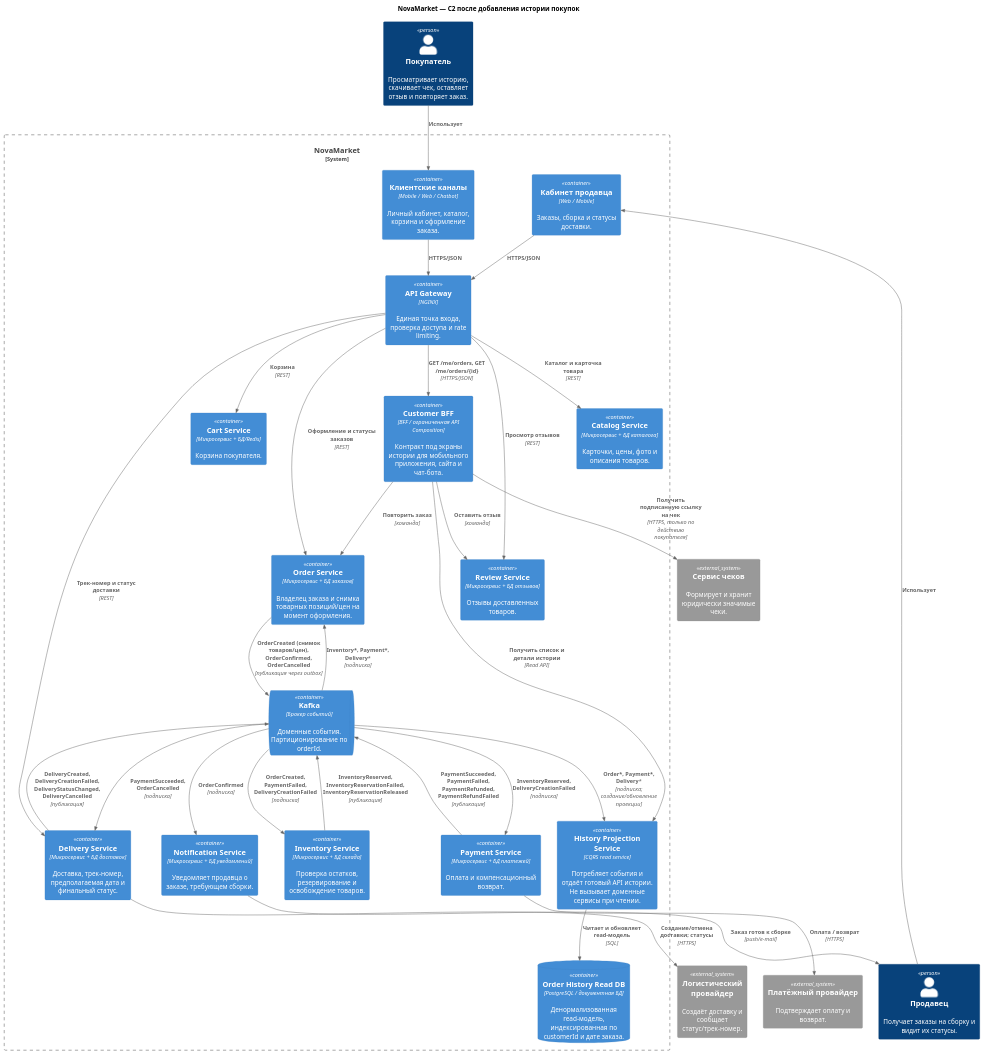
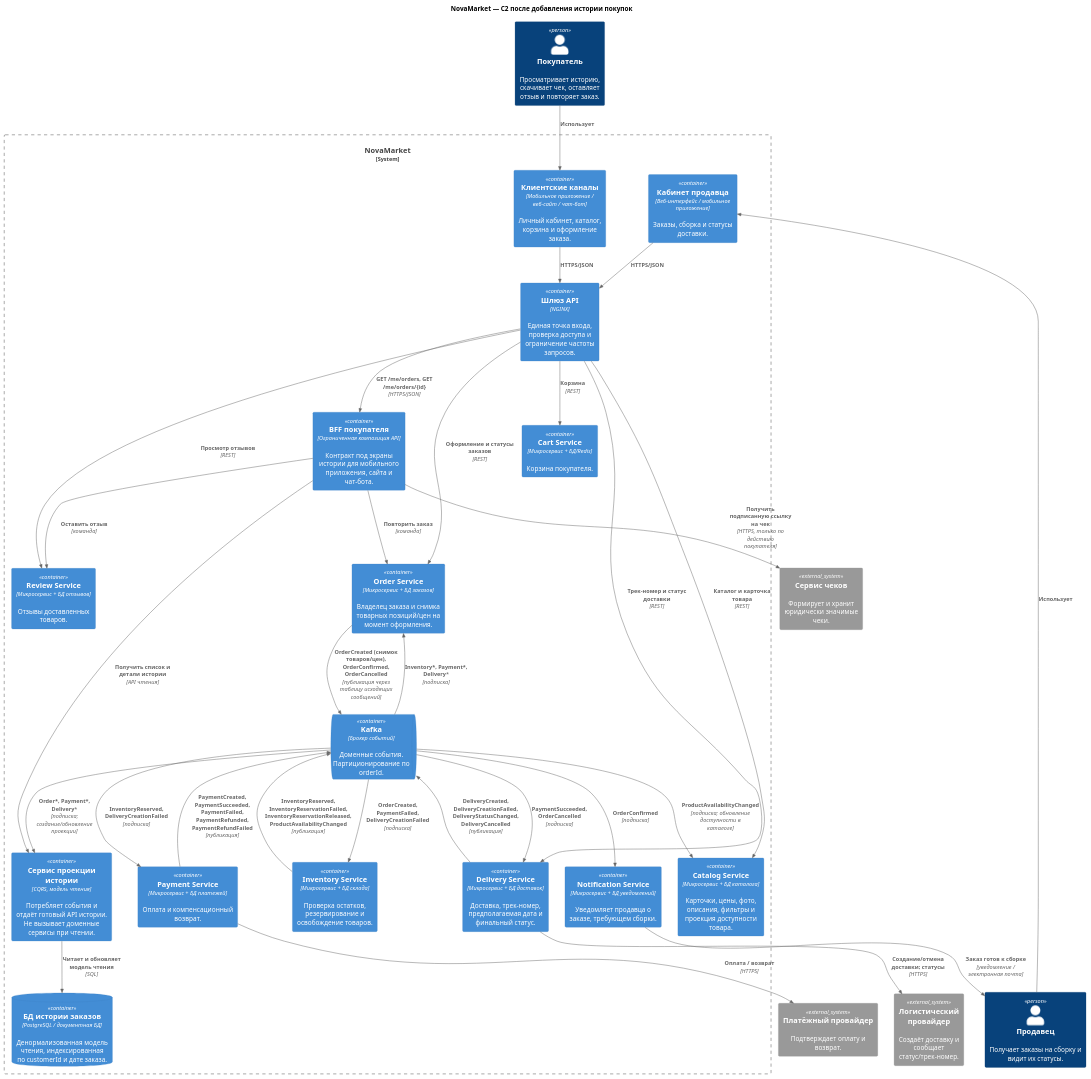
The diagram in Task2/c2-order-history-architecture.puml (FFinn/MSA-3-NovaMarket-v1), drawn with PlantUML before and after one commit.

Commit message:
Improve Task2/c2-order-history-architecture.puml: align artifacts with sprint requirements

```diff
--- a/Task2/c2-order-history-architecture.puml
+++ b/Task2/c2-order-history-architecture.puml
@@ -1,63 +1,64 @@
 @startuml
 !include <C4/C4_Container>
 LAYOUT_TOP_DOWN()
 title NovaMarket — C2 после добавления истории покупок
 
 Person(customer, "Покупатель", "Просматривает историю, скачивает чек, оставляет отзыв и повторяет заказ.")
 Person(seller, "Продавец", "Получает заказы на сборку и видит их статусы.")
 System_Ext(paymentProvider, "Платёжный провайдер", "Подтверждает оплату и возврат.")
 System_Ext(logisticsProvider, "Логистический провайдер", "Создаёт доставку и сообщает статус/трек-номер.")
 System_Ext(receipt, "Сервис чеков", "Формирует и хранит юридически значимые чеки.")
 
 System_Boundary(novamarket, "NovaMarket") {
-  Container(customerApp, "Клиентские каналы", "Mobile / Web / Chatbot", "Личный кабинет, каталог, корзина и оформление заказа.")
-  Container(sellerApp, "Кабинет продавца", "Web / Mobile", "Заказы, сборка и статусы доставки.")
-  Container(gateway, "API Gateway", "NGINX", "Единая точка входа, проверка доступа и rate limiting.")
-  Container(bff, "Customer BFF", "BFF / ограниченная API Composition", "Контракт под экраны истории для мобильного приложения, сайта и чат-бота.")
+  Container(customerApp, "Клиентские каналы", "Мобильное приложение / веб-сайт / чат-бот", "Личный кабинет, каталог, корзина и оформление заказа.")
+  Container(sellerApp, "Кабинет продавца", "Веб-интерфейс / мобильное приложение", "Заказы, сборка и статусы доставки.")
+  Container(gateway, "Шлюз API", "NGINX", "Единая точка входа, проверка доступа и ограничение частоты запросов.")
+  Container(bff, "BFF покупателя", "Ограниченная композиция API", "Контракт под экраны истории для мобильного приложения, сайта и чат-бота.")
 
-  Container(catalog, "Catalog Service", "Микросервис + БД каталога", "Карточки, цены, фото и описания товаров.")
+  Container(catalog, "Catalog Service", "Микросервис + БД каталога", "Карточки, цены, фото, описания, фильтры и проекция доступности товара.")
   Container(review, "Review Service", "Микросервис + БД отзывов", "Отзывы доставленных товаров.")
   Container(cart, "Cart Service", "Микросервис + БД/Redis", "Корзина покупателя.")
   Container(order, "Order Service", "Микросервис + БД заказов", "Владелец заказа и снимка товарных позиций/цен на момент оформления.")
   Container(inventory, "Inventory Service", "Микросервис + БД склада", "Проверка остатков, резервирование и освобождение товаров.")
   Container(payment, "Payment Service", "Микросервис + БД платежей", "Оплата и компенсационный возврат.")
   Container(delivery, "Delivery Service", "Микросервис + БД доставок", "Доставка, трек-номер, предполагаемая дата и финальный статус.")
   Container(notification, "Notification Service", "Микросервис + БД уведомлений", "Уведомляет продавца о заказе, требующем сборки.")
 
-  Container(history, "History Projection Service", "CQRS read service", "Потребляет события и отдаёт готовый API истории. Не вызывает доменные сервисы при чтении.")
-  ContainerDb(historyDb, "Order History Read DB", "PostgreSQL / документная БД", "Денормализованная read-модель, индексированная по customerId и дате заказа.")
+  Container(history, "Сервис проекции истории", "CQRS, модель чтения", "Потребляет события и отдаёт готовый API истории. Не вызывает доменные сервисы при чтении.")
+  ContainerDb(historyDb, "БД истории заказов", "PostgreSQL / документная БД", "Денормализованная модель чтения, индексированная по customerId и дате заказа.")
   ContainerQueue(kafka, "Kafka", "Брокер событий", "Доменные события. Партиционирование по orderId.")
 }
 
 Rel(customer, customerApp, "Использует")
 Rel(seller, sellerApp, "Использует")
 Rel(customerApp, gateway, "HTTPS/JSON")
 Rel(sellerApp, gateway, "HTTPS/JSON")
 Rel(gateway, bff, "GET /me/orders, GET /me/orders/{id}", "HTTPS/JSON")
-Rel(bff, history, "Получить список и детали истории", "Read API")
-Rel(history, historyDb, "Читает и обновляет read-модель", "SQL")
+Rel(bff, history, "Получить список и детали истории", "API чтения")
+Rel(history, historyDb, "Читает и обновляет модель чтения", "SQL")
 Rel(bff, receipt, "Получить подписанную ссылку на чек", "HTTPS, только по действию покупателя")
 Rel(bff, order, "Повторить заказ", "команда")
 Rel(bff, review, "Оставить отзыв", "команда")
 
 Rel(gateway, catalog, "Каталог и карточка товара", "REST")
 Rel(gateway, review, "Просмотр отзывов", "REST")
 Rel(gateway, cart, "Корзина", "REST")
 Rel(gateway, order, "Оформление и статусы заказов", "REST")
 Rel(gateway, delivery, "Трек-номер и статус доставки", "REST")
 
-Rel(order, kafka, "OrderCreated (снимок товаров/цен), OrderConfirmed, OrderCancelled", "публикация через outbox")
+Rel(order, kafka, "OrderCreated (снимок товаров/цен), OrderConfirmed, OrderCancelled", "публикация через таблицу исходящих сообщений")
 Rel(kafka, inventory, "OrderCreated, PaymentFailed, DeliveryCreationFailed", "подписка")
-Rel(inventory, kafka, "InventoryReserved, InventoryReservationFailed, InventoryReservationReleased", "публикация")
+Rel(inventory, kafka, "InventoryReserved, InventoryReservationFailed, InventoryReservationReleased, ProductAvailabilityChanged", "публикация")
+Rel(kafka, catalog, "ProductAvailabilityChanged", "подписка; обновление доступности в каталоге")
 Rel(kafka, payment, "InventoryReserved, DeliveryCreationFailed", "подписка")
 Rel(payment, paymentProvider, "Оплата / возврат", "HTTPS")
-Rel(payment, kafka, "PaymentSucceeded, PaymentFailed, PaymentRefunded, PaymentRefundFailed", "публикация")
+Rel(payment, kafka, "PaymentCreated, PaymentSucceeded, PaymentFailed, PaymentRefunded, PaymentRefundFailed", "публикация")
 Rel(kafka, delivery, "PaymentSucceeded, OrderCancelled", "подписка")
 Rel(delivery, logisticsProvider, "Создание/отмена доставки; статусы", "HTTPS")
 Rel(delivery, kafka, "DeliveryCreated, DeliveryCreationFailed, DeliveryStatusChanged, DeliveryCancelled", "публикация")
 Rel(kafka, order, "Inventory*, Payment*, Delivery*", "подписка")
 Rel(kafka, notification, "OrderConfirmed", "подписка")
-Rel(notification, seller, "Заказ готов к сборке", "push/e-mail")
+Rel(notification, seller, "Заказ готов к сборке", "уведомление / электронная почта")
 
 Rel(kafka, history, "Order*, Payment*, Delivery*", "подписка; создание/обновление проекции")
 @enduml
```
